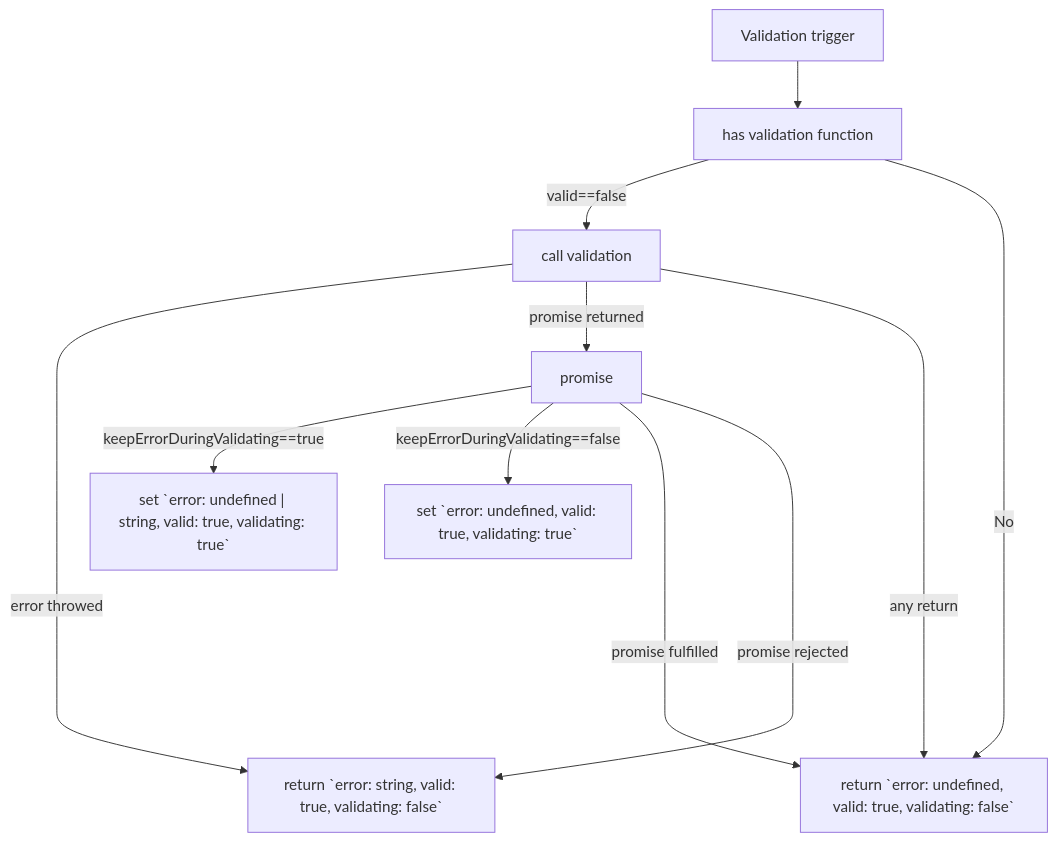
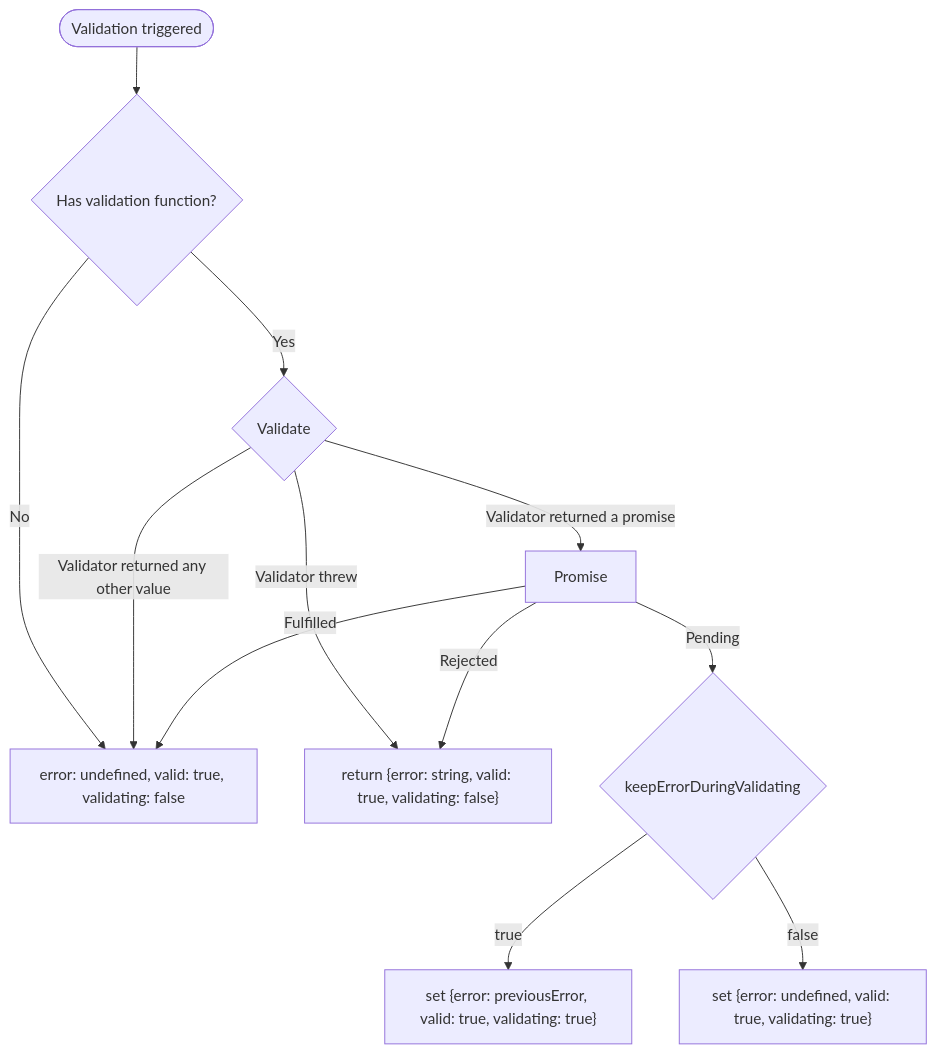
Before and after one commit to artalar/reatom: the diagram in docs/src/content/docs/package/form.md, drawn with Mermaid. The commit also changed 4 other files, not shown here.

Commit message:
docs: support mermaid

````diff
--- a/docs/src/content/docs/package/form.md
+++ b/docs/src/content/docs/package/form.md
@@ -112,14 +112,15 @@
 ```mermaid
-graph TB
-    trigger[Validation trigger]
-    trigger --> hasfunction[has validation function]
-    hasfunction --> |valid==false| validate[call validation]
-    hasfunction ----> |No| valid[return `error: undefined, valid: true, validating: false`]
-    validate ----> |error throwed| notvalid[return `error: string, valid: true, validating: false`]
-    validate --> |promise returned| promise
-    validate ----> |any return| valid
-    promise --> |keepErrorDuringValidating==true| keepErrorDuringValidatingTrue["set `error: undefined | string, valid: true, validating: true`"]
-    promise --> |keepErrorDuringValidating==false| keepErrorDuringValidatingFalse[set `error: undefined, valid: true, validating: true`]
-    promise -----> |promise fulfilled| valid
-    promise -----> |promise rejected| notvalid
+flowchart TB
+    trigger([Validation triggered])
+    trigger --> hasfunction{Has validation function?}
+    hasfunction --> |Yes| validate{Validate}
+    hasfunction --> |No| valid[error: undefined, valid: true, validating: false]
+    validate --> |Validator threw| invalid["return {error: string, valid: true, validating: false}"]
+    validate --> |Validator returned a promise| promise[Promise]
+    validate --> |Validator returned any other value| valid
+    promise --> |Pending| keepErrorDuringValidating{keepErrorDuringValidating}
+    keepErrorDuringValidating --> |true| keepErrorDuringValidatingTrue["set {error: previousError, valid: true, validating: true}"]
+    keepErrorDuringValidating --> |false| keepErrorDuringValidatingFalse["set {error: undefined, valid: true, validating: true}"]
+    promise --> |Fulfilled| valid
+    promise --> |Rejected| invalid
 ```
````
